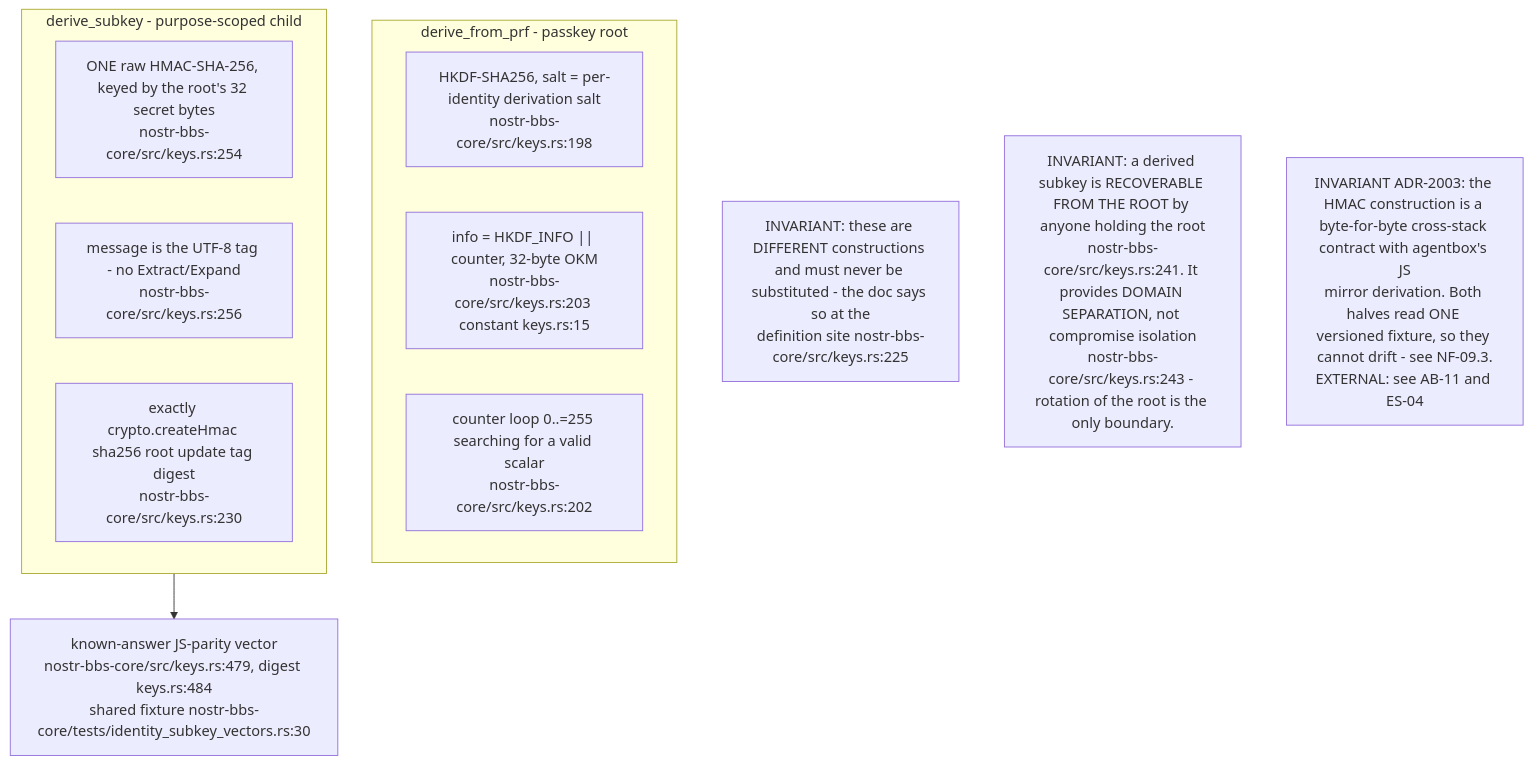
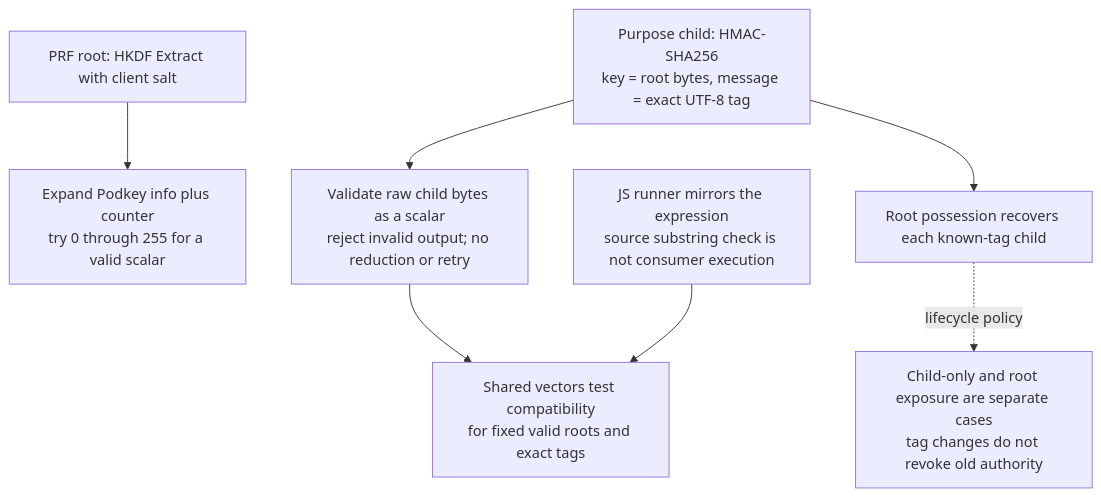
The third of 10 diagrams in docs/diagrams/nostr-rust-forum/12-core-wire-crypto-and-federation-envelope.md (DreamLab-AI/VisionFlow), drawn with Mermaid before and after one commit. The commit also changed other lines of this file and 60 other files, not shown here.

Commit message:
docs(audit): assess subkey parity and identity lifecycle contracts

````diff
--- a/docs/diagrams/nostr-rust-forum/12-core-wire-crypto-and-federation-envelope.md
+++ b/docs/diagrams/nostr-rust-forum/12-core-wire-crypto-and-federation-envelope.md
@@ -125,20 +127,24 @@
 ```mermaid
 flowchart TB
-    subgraph prf["derive_from_prf - passkey root"]
-        P1["HKDF-SHA256, salt = per-identity derivation salt<br/>nostr-bbs-core/src/keys.rs:198"]
-        P2["info = HKDF_INFO || counter, 32-byte OKM<br/>nostr-bbs-core/src/keys.rs:203 constant keys.rs:15"]
-        P3["counter loop 0..=255 searching for a valid scalar<br/>nostr-bbs-core/src/keys.rs:202"]
-    end
-    subgraph sub["derive_subkey - purpose-scoped child"]
-        S1["ONE raw HMAC-SHA-256, keyed by the root's 32 secret bytes<br/>nostr-bbs-core/src/keys.rs:254"]
-        S2["message is the UTF-8 tag - no Extract/Expand<br/>nostr-bbs-core/src/keys.rs:256"]
-        S3["exactly crypto.createHmac sha256 root update tag digest<br/>nostr-bbs-core/src/keys.rs:230"]
-    end
-    KAT["known-answer JS-parity vector<br/>nostr-bbs-core/src/keys.rs:479, digest keys.rs:484<br/>shared fixture nostr-bbs-core/tests/identity_subkey_vectors.rs:30"]
-
-    sub --> KAT
-
-    N1["INVARIANT: these are DIFFERENT constructions and must never be substituted - the doc says so at the<br/>definition site nostr-bbs-core/src/keys.rs:225"]
-    N2["INVARIANT: a derived subkey is RECOVERABLE FROM THE ROOT by anyone holding the root<br/>nostr-bbs-core/src/keys.rs:241. It provides DOMAIN SEPARATION, not compromise isolation<br/>nostr-bbs-core/src/keys.rs:243 - rotation of the root is the only boundary."]
-    N3["INVARIANT ADR-2003: the HMAC construction is a byte-for-byte cross-stack contract with agentbox's JS<br/>mirror derivation. Both halves read ONE versioned fixture, so they cannot drift - see NF-09.3.<br/>EXTERNAL: see AB-11 and ES-04"]
+    %% Source: ../nostr-rust-forum/crates/nostr-bbs-core/src/keys.rs:198
+    P1["PRF root: HKDF Extract with client salt"]
+    %% Source: ../nostr-rust-forum/crates/nostr-bbs-core/src/keys.rs:202
+    P2["Expand Podkey info plus counter<br/>try 0 through 255 for a valid scalar"]
+    %% Source: ../nostr-rust-forum/crates/nostr-bbs-core/src/keys.rs:254
+    S1["Purpose child: HMAC-SHA256<br/>key = root bytes, message = exact UTF-8 tag"]
+    %% Source: ../nostr-rust-forum/crates/nostr-bbs-core/src/keys.rs:263
+    S2["Validate raw child bytes as a scalar<br/>reject invalid output; no reduction or retry"]
+    %% Source: ../nostr-rust-forum/crates/nostr-bbs-core/tests/identity_subkey_vectors.rs:151
+    V["Shared vectors test compatibility<br/>for fixed valid roots and exact tags"]
+    %% Source: ../nostr-rust-forum/scripts/identity-vector-parity.mjs:204
+    J["JS runner mirrors the expression<br/>source substring check is not consumer execution"]
+    %% Source: ../nostr-rust-forum/crates/nostr-bbs-core/src/keys.rs:241
+    R["Root possession recovers each known-tag child"]
+    %% Source: ../nostr-rust-forum/docs/archive/adr/ADR-100-key-lifecycle.md:78
+    C["Child-only and root exposure are separate cases<br/>tag changes do not revoke old authority"]
+    P1 --> P2
+    S1 --> S2 --> V
+    J --> V
+    S1 --> R
+    R -. lifecycle policy .-> C
 ```
````
